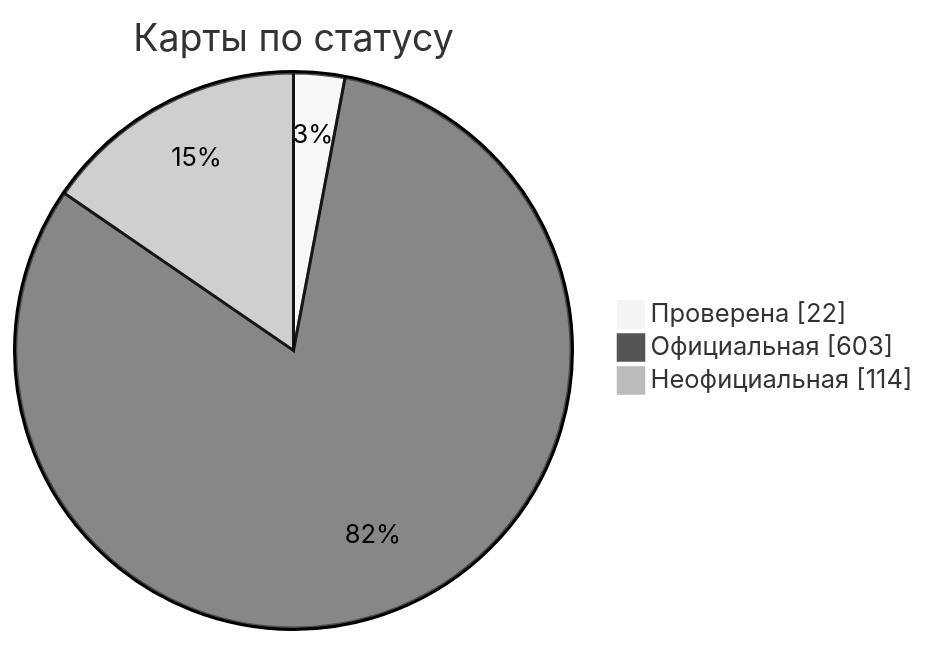
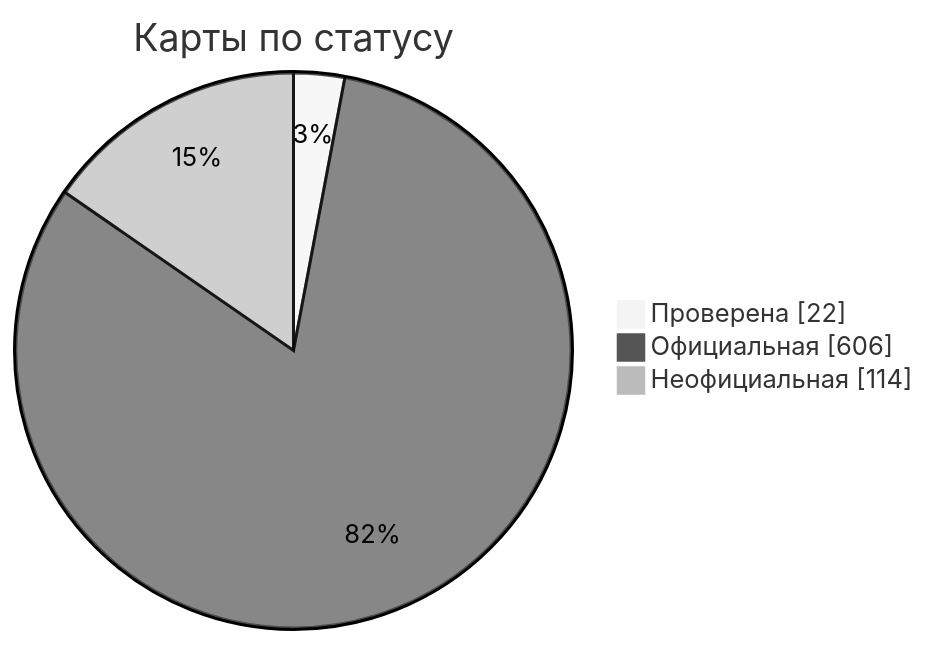
Before and after one commit to nobrega8/mbmap-library: the diagram in docs/readme/README_RU.md, drawn with Mermaid (neutral theme). The commit also changed 8 other files, not shown here.

````diff
--- a/docs/readme/README_RU.md
+++ b/docs/readme/README_RU.md
@@ -54,7 +54,7 @@
 ```mermaid
 pie showData
     title Карты по статусу
     "Проверена" : 22
-    "Официальная" : 603
+    "Официальная" : 606
     "Неофициальная" : 114
 ```
````
